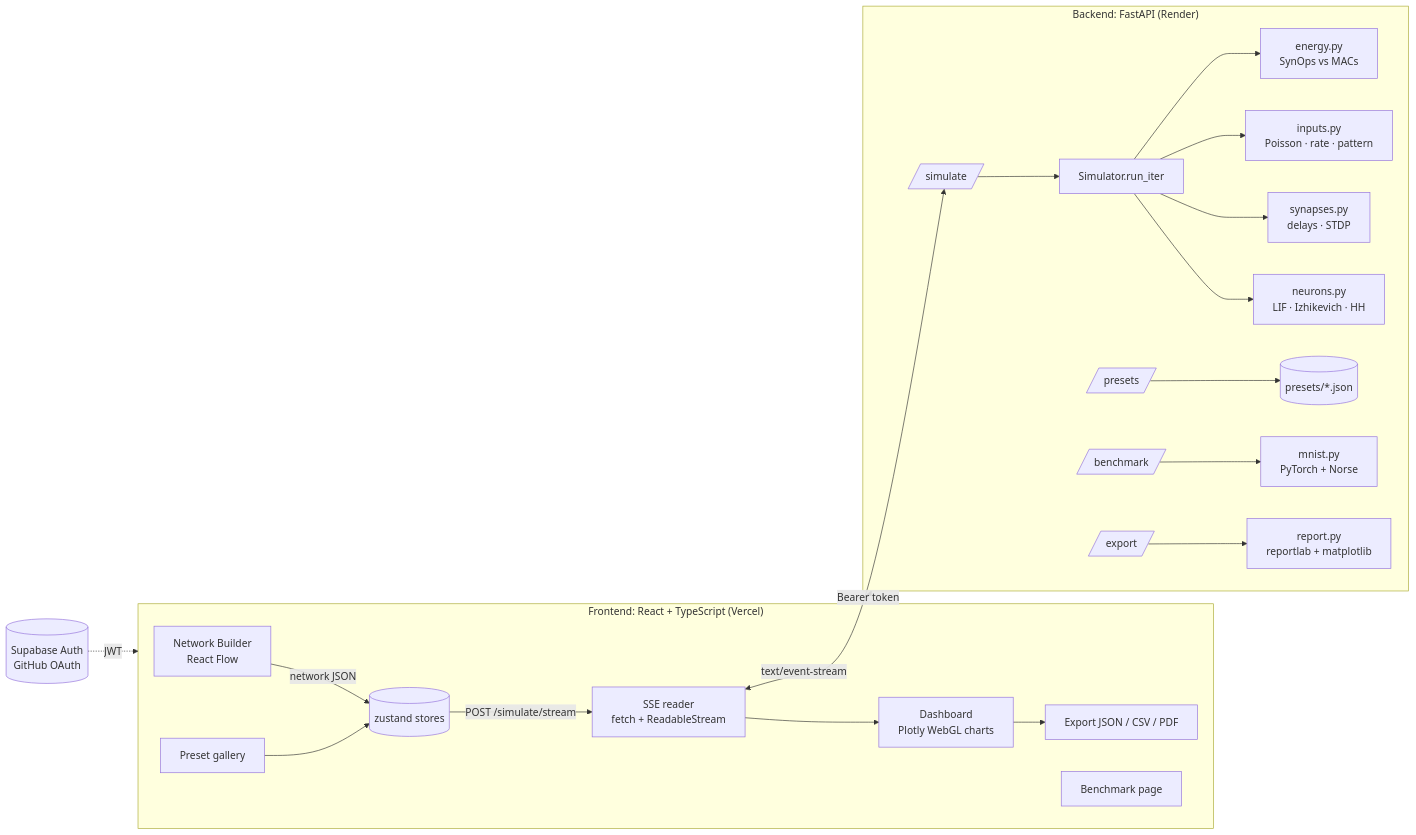
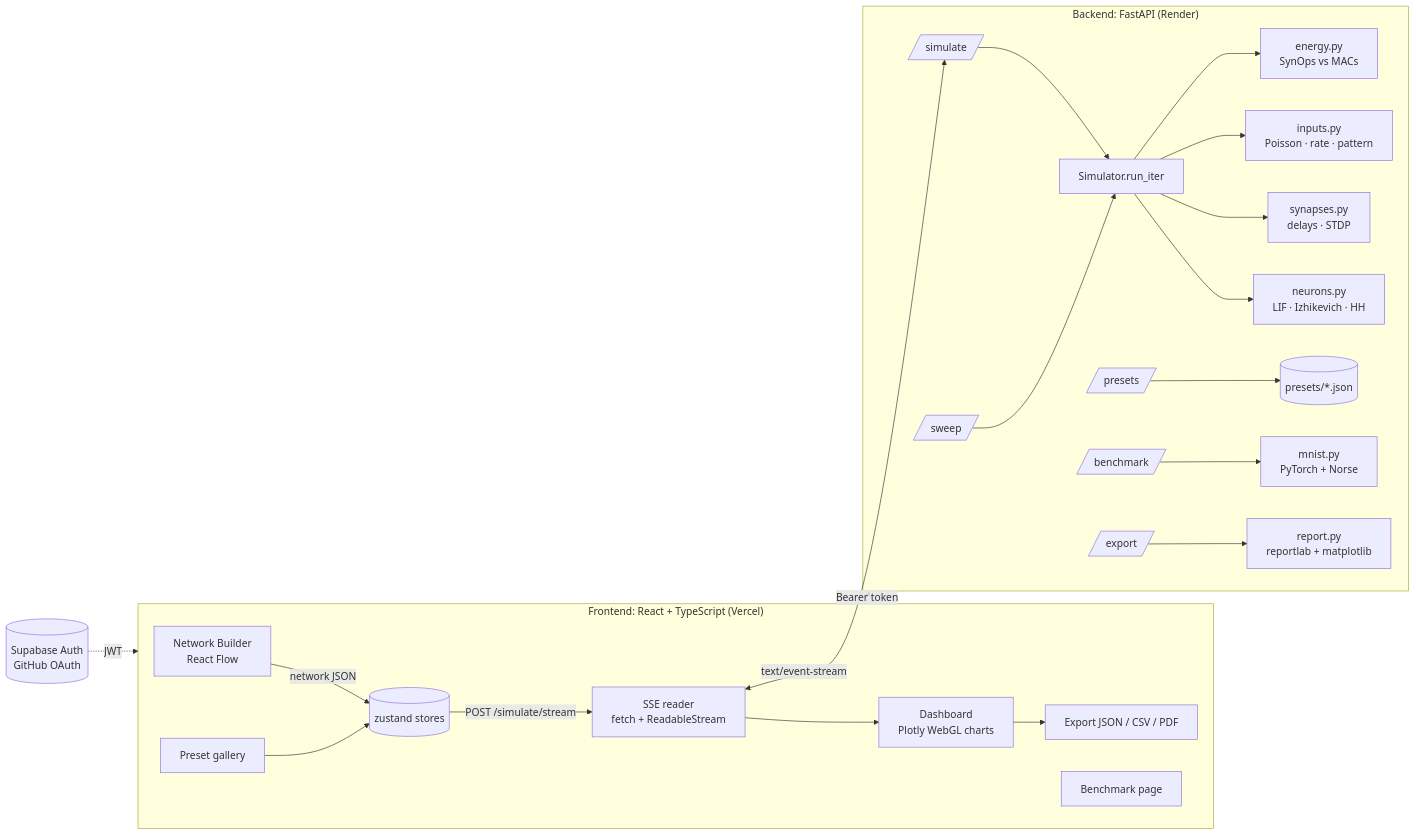
One commit to Gauravwannacode/neurasim changed the diagram in README.md. Above: the diagram before and after it, drawn with Mermaid. The commit also changed other lines of this file and 8 other files, not shown here.

````diff
--- a/README.md
+++ b/README.md
@@ -206,24 +218,25 @@
 ```mermaid
 flowchart LR
   subgraph Browser["Frontend: React + TypeScript (Vercel)"]
     B[Network Builder<br/>React Flow] -->|network JSON| S[(zustand stores)]
     P[Preset gallery] --> S
     S -->|POST /simulate/stream| SSE[SSE reader<br/>fetch + ReadableStream]
     SSE --> V[Dashboard<br/>Plotly WebGL charts]
     V --> E[Export JSON / CSV / PDF]
     BM[Benchmark page]
   end
   subgraph API["Backend: FastAPI (Render)"]
     R1[/simulate/] --> SIM[Simulator.run_iter]
     SIM --> N[neurons.py<br/>LIF · Izhikevich · HH]
     SIM --> Y[synapses.py<br/>delays · STDP]
     SIM --> I[inputs.py<br/>Poisson · rate · pattern]
     SIM --> EN[energy.py<br/>SynOps vs MACs]
+    R5[/sweep/] --> SIM
     R2[/presets/] --> PJ[(presets/*.json)]
     R3[/benchmark/] --> MN[mnist.py<br/>PyTorch + Norse]
     R4[/export/] --> RP[report.py<br/>reportlab + matplotlib]
   end
   Auth[(Supabase Auth<br/>GitHub OAuth)] -. JWT .-> Browser
   Browser -. Bearer token .-> API
   SSE <-->|text/event-stream| R1
 ```
````
